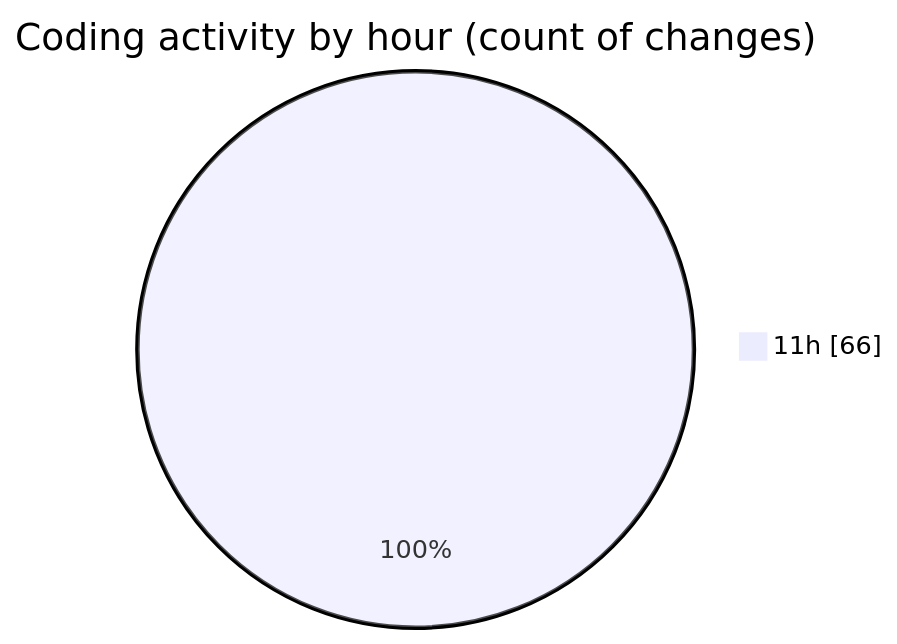
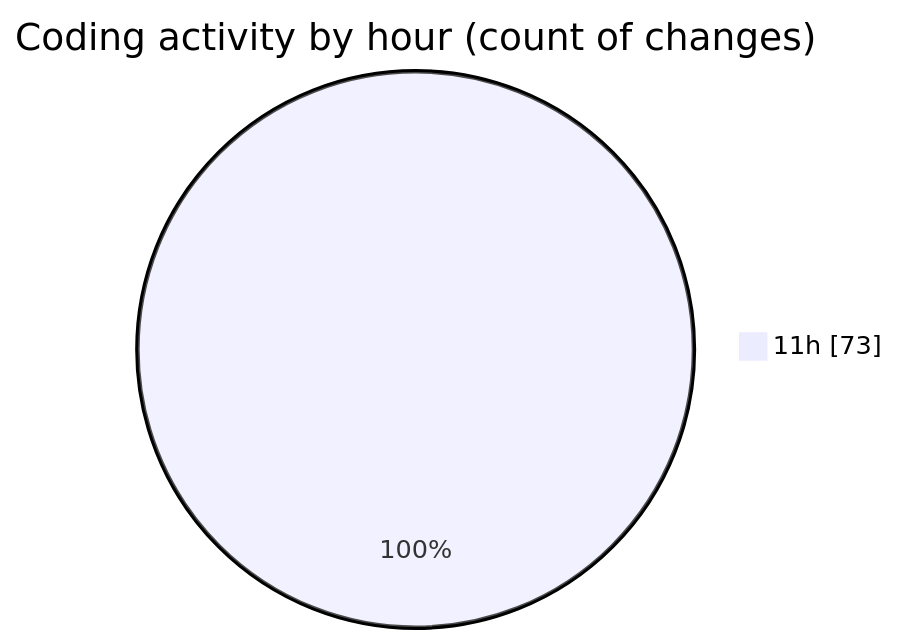
The second of 2 diagrams in 2025-06-22/txtfiles/README.md (Ritupan-Deka/code-tracking), drawn with Mermaid before and after one commit. The commit also changed other lines of this file and 1 other file, not shown here.

````diff
--- a/2025-06-22/txtfiles/README.md
+++ b/2025-06-22/txtfiles/README.md
@@ -28,5 +28,5 @@
 ```mermaid
 pie showData
 title Coding activity by hour (count of changes)
-"11h" : 66
+"11h" : 73
 ```
````
